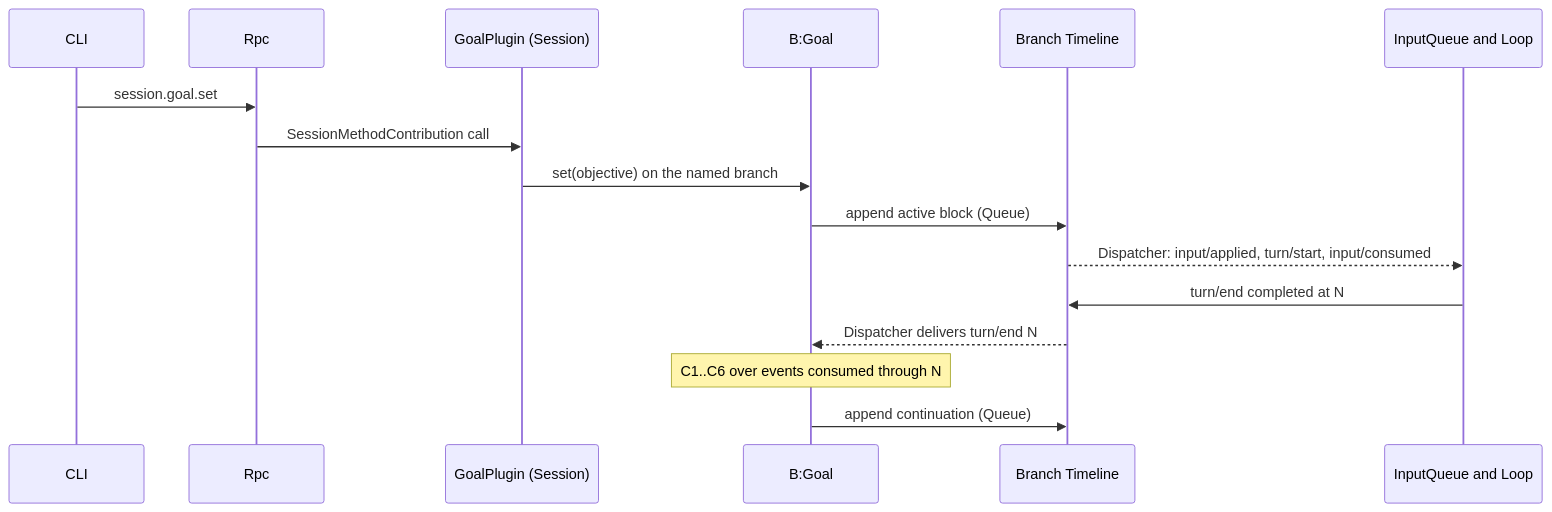
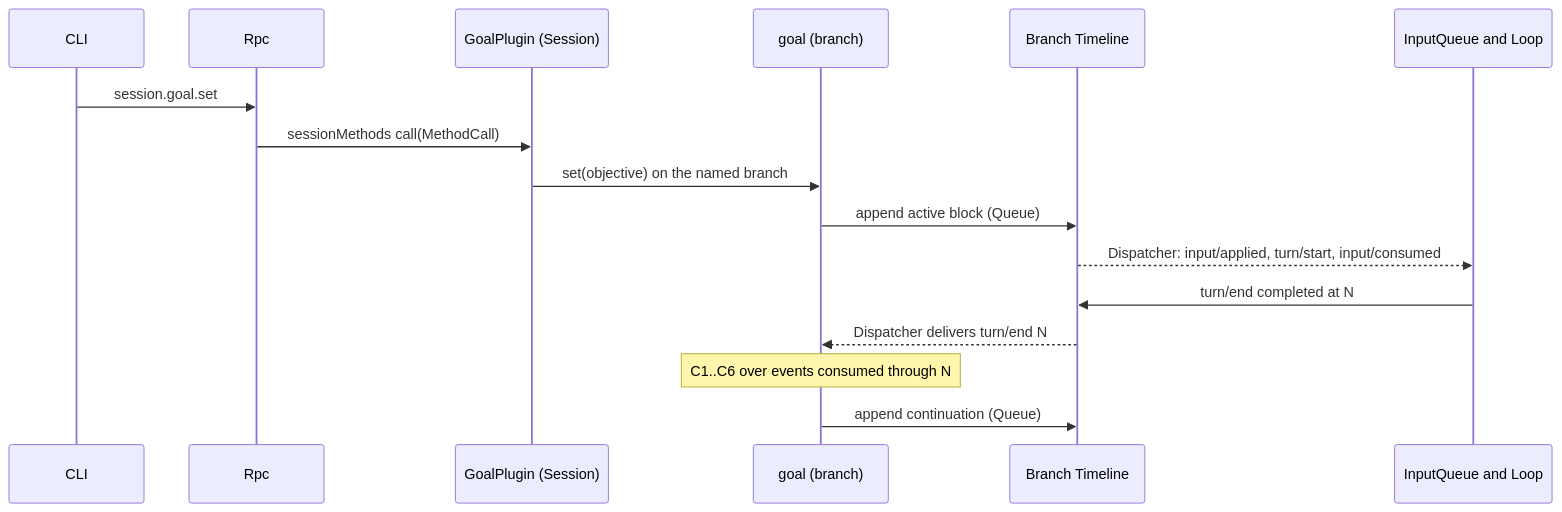
One commit to CoutinhoTTS/dim-agent changed the third of 6 diagrams in docs/design/plugins/Goal.md. Above: the diagram before and after it, drawn with Mermaid. The commit also changed other lines of this file and 3 other files, not shown here.

````diff
--- a/docs/design/plugins/Goal.md
+++ b/docs/design/plugins/Goal.md
@@ -85,18 +85,18 @@
 ```mermaid
 sequenceDiagram
   participant CLI
   participant Rpc
   participant GS as GoalPlugin (Session)
-  participant G as B:Goal
+  participant G as goal (branch)
   participant TL as Branch Timeline
   participant IQ as InputQueue and Loop
   CLI->>Rpc: session.goal.set
-  Rpc->>GS: SessionMethodContribution call
+  Rpc->>GS: sessionMethods call(MethodCall)
   GS->>G: set(objective) on the named branch
   G->>TL: append active block (Queue)
   TL-->>IQ: Dispatcher: input/applied, turn/start, input/consumed
   IQ->>TL: turn/end completed at N
   TL-->>G: Dispatcher delivers turn/end N
   Note over G: C1..C6 over events consumed through N
   G->>TL: append continuation (Queue)
 ```
````
